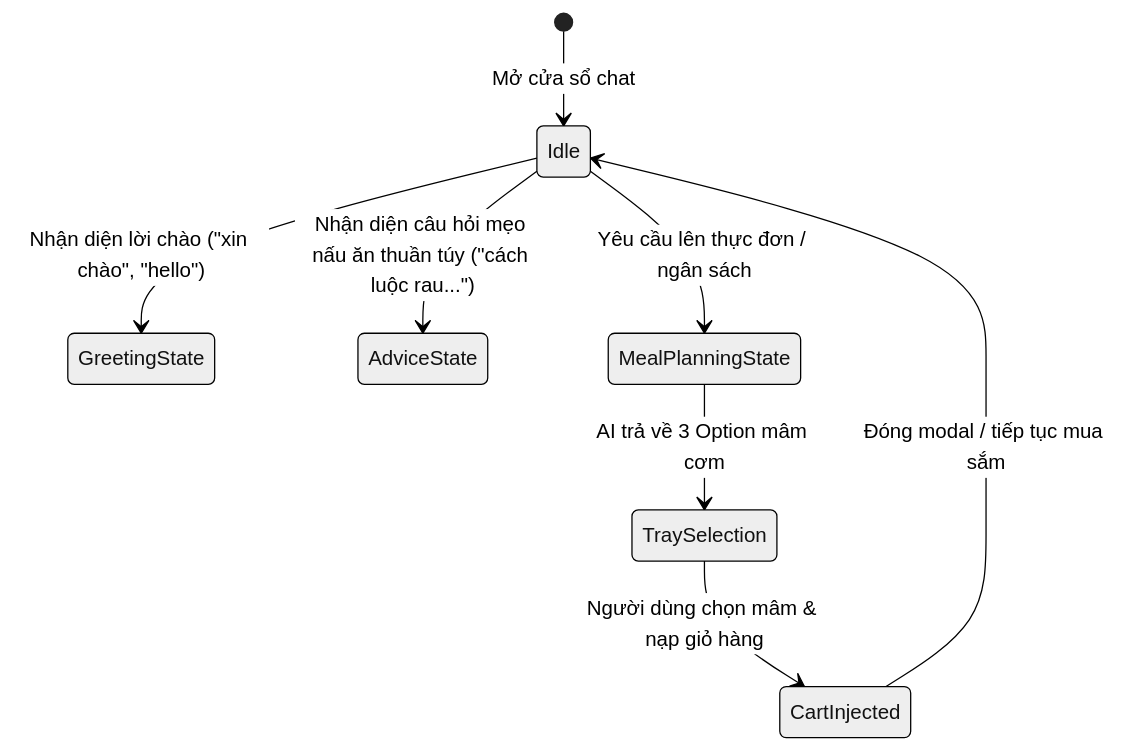
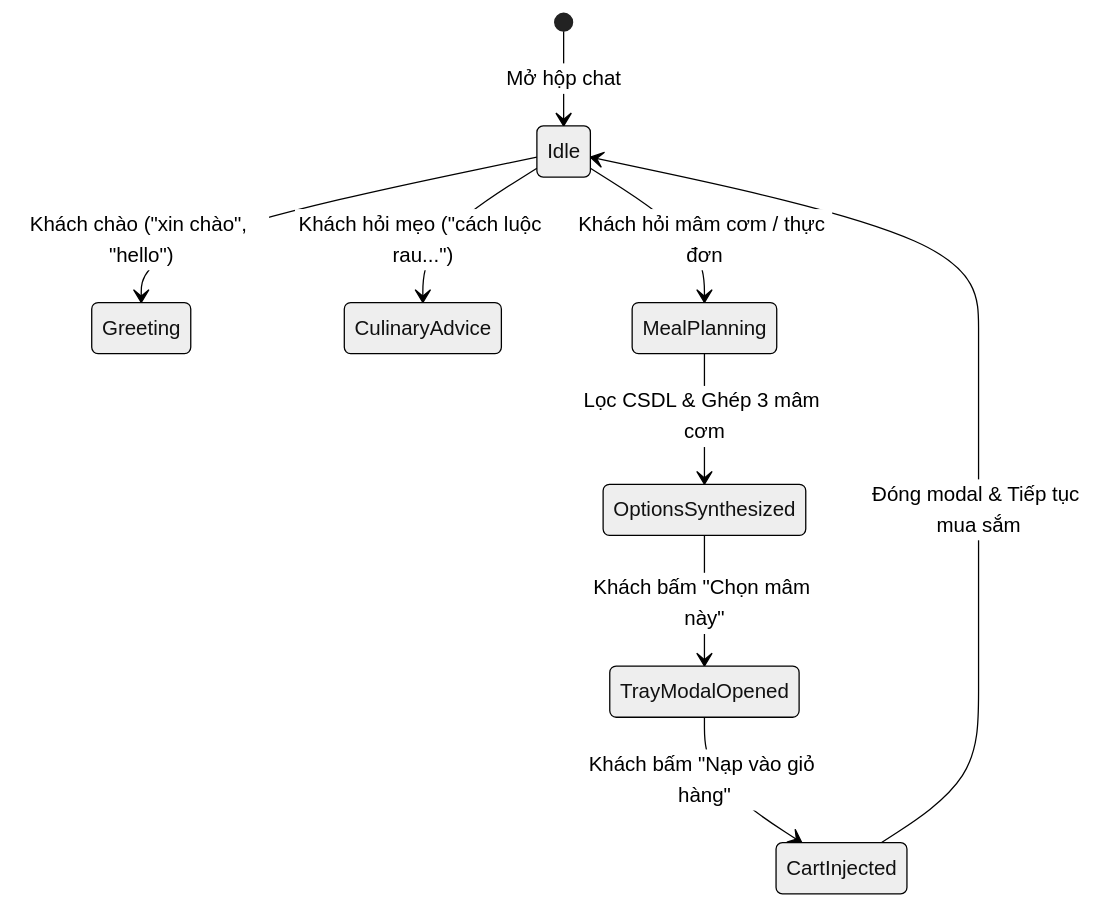
One commit to huykhang666/smart-supermarket changed the second of 2 diagrams in docs/10_AI/02_Agent_Design.md. Above: the diagram before and after it, drawn with Mermaid (neutral theme). The commit also changed other lines of this file and 10 other files, not shown here.

````diff
--- a/docs/10_AI/02_Agent_Design.md
+++ b/docs/10_AI/02_Agent_Design.md
@@ -86,10 +98,12 @@
 ```mermaid
 stateDiagram-v2
-    [*] --> Idle: Mở cửa sổ chat
-    Idle --> GreetingState: Nhận diện lời chào ("xin chào", "hello")
-    Idle --> AdviceState: Nhận diện câu hỏi mẹo nấu ăn thuần túy ("cách luộc rau...")
-    Idle --> MealPlanningState: Yêu cầu lên thực đơn / ngân sách
-    MealPlanningState --> TraySelection: AI trả về 3 Option mâm cơm
-    TraySelection --> CartInjected: Người dùng chọn mâm & nạp giỏ hàng
-    CartInjected --> Idle: Đóng modal / tiếp tục mua sắm
+    [*] --> Idle: Mở hộp chat
+    Idle --> Greeting: Khách chào ("xin chào", "hello")
+    Idle --> CulinaryAdvice: Khách hỏi mẹo ("cách luộc rau...")
+    Idle --> MealPlanning: Khách hỏi mâm cơm / thực đơn
+
+    MealPlanning --> OptionsSynthesized: Lọc CSDL & Ghép 3 mâm cơm
+    OptionsSynthesized --> TrayModalOpened: Khách bấm "Chọn mâm này"
+    TrayModalOpened --> CartInjected: Khách bấm "Nạp vào giỏ hàng"
+    CartInjected --> Idle: Đóng modal & Tiếp tục mua sắm
 ```
````
